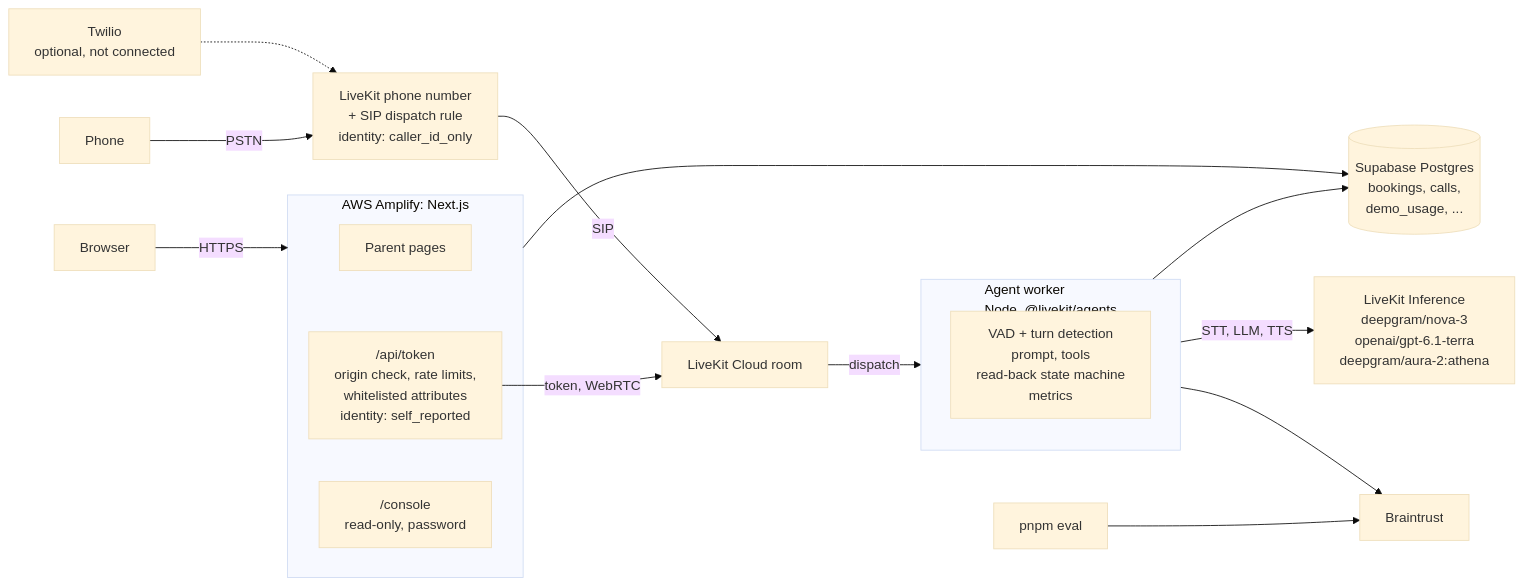
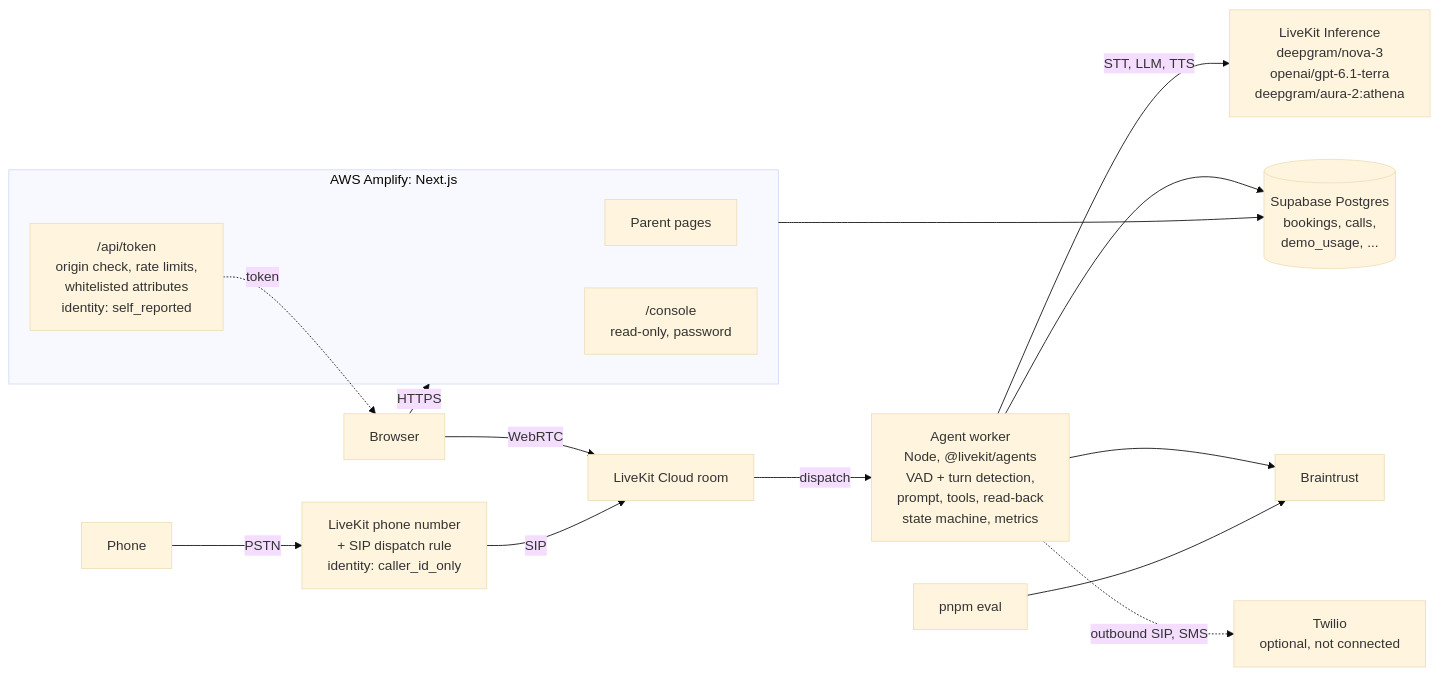
The first of 2 diagrams in README.md (umutc/movo-voice-demo), drawn with Mermaid (base theme) before and after one commit. The commit also changed other lines of this file, not shown here.

Commit message:
docs: fix system diagram edges, deploy commands, debugger snippet

````diff
--- a/README.md
+++ b/README.md
@@ -35,22 +35,21 @@
 ```mermaid
 flowchart LR
   BR["Browser"] -->|HTTPS| AMP
   PH["Phone"] -->|PSTN| SIP["LiveKit phone number<br/>+ SIP dispatch rule<br/>identity: caller_id_only"]
   subgraph AMP["AWS Amplify: Next.js"]
     PG["Parent pages"]
     TK["/api/token<br/>origin check, rate limits,<br/>whitelisted attributes<br/>identity: self_reported"]
     CO["/console<br/>read-only, password"]
   end
-  TK -->|"token, WebRTC"| ROOM
+  TK -.->|token| BR
+  BR -->|WebRTC| ROOM
   SIP -->|SIP| ROOM
   ROOM["LiveKit Cloud room"] -->|dispatch| W
-  subgraph W["Agent worker<br/>Node, @livekit/agents"]
-    WK["VAD + turn detection<br/>prompt, tools<br/>read-back state machine<br/>metrics"]
-  end
+  W["Agent worker<br/>Node, @livekit/agents<br/>VAD + turn detection,<br/>prompt, tools, read-back<br/>state machine, metrics"]
   W -->|"STT, LLM, TTS"| INF["LiveKit Inference<br/>deepgram/nova-3<br/>openai/gpt-6.1-terra<br/>deepgram/aura-2:athena"]
   W --> DB[("Supabase Postgres<br/>bookings, calls,<br/>demo_usage, ...")]
   AMP --> DB
   W --> BT["Braintrust"]
   EV["pnpm eval"] --> BT
-  TW["Twilio<br/>optional, not connected"] -.-> SIP
+  W -.->|"outbound SIP, SMS"| TW["Twilio<br/>optional, not connected"]
 ```
````
